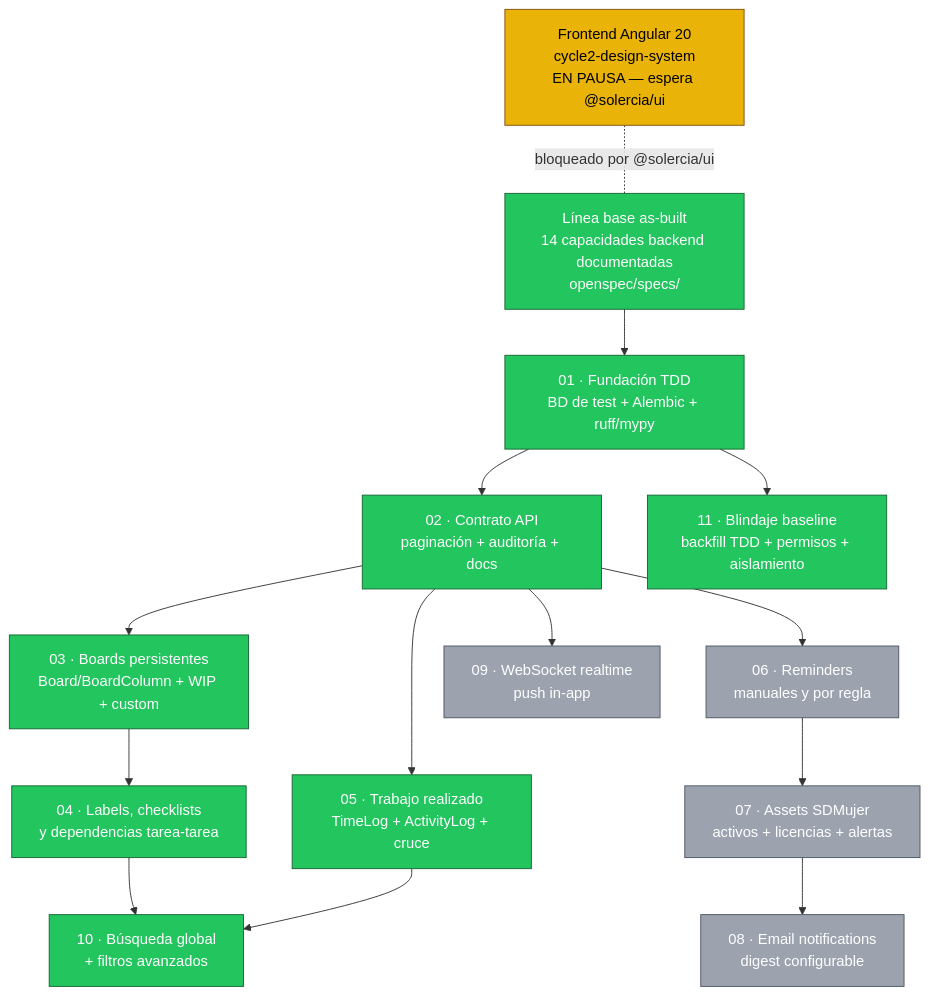
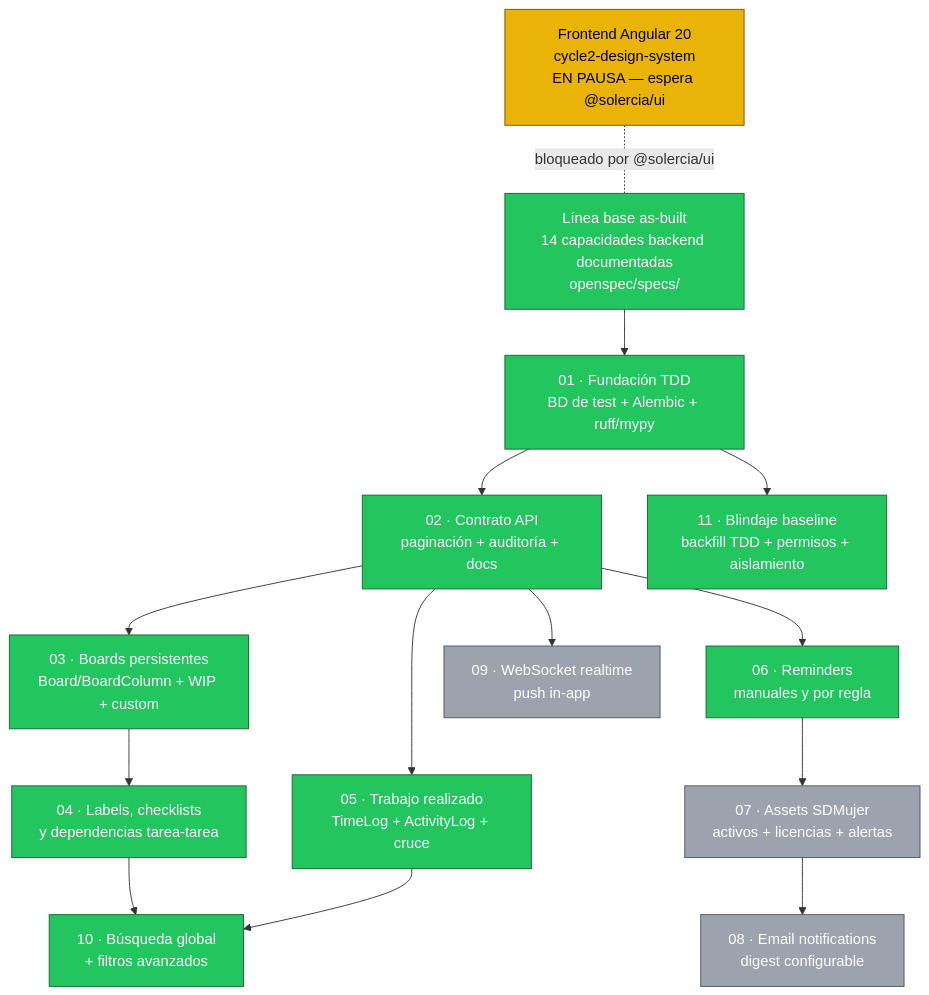
The diagram in openspec/AVANCE.md (solercia-solutions/solercia-command), drawn with Mermaid before and after one commit. The commit also changed other lines of this file and 12 other files, not shown here.

````diff
--- a/openspec/AVANCE.md
+++ b/openspec/AVANCE.md
@@ -9,45 +9,46 @@
 ```mermaid
 flowchart TD
     B0["Línea base as-built<br/>14 capacidades backend documentadas<br/>openspec/specs/"]
 
     C01["01 · Fundación TDD<br/>BD de test + Alembic + ruff/mypy"]
     C02["02 · Contrato API<br/>paginación + auditoría + docs"]
     C03["03 · Boards persistentes<br/>Board/BoardColumn + WIP + custom"]
     C04["04 · Labels, checklists<br/>y dependencias tarea-tarea"]
     C05["05 · Trabajo realizado<br/>TimeLog + ActivityLog + cruce"]
     C11["11 · Blindaje baseline<br/>backfill TDD + permisos + aislamiento"]
     C06["06 · Reminders<br/>manuales y por regla"]
     C07["07 · Assets SDMujer<br/>activos + licencias + alertas"]
     C08["08 · Email notifications<br/>digest configurable"]
     C09["09 · WebSocket realtime<br/>push in-app"]
     C10["10 · Búsqueda global<br/>+ filtros avanzados"]
 
     FE["Frontend Angular 20<br/>cycle2-design-system<br/>EN PAUSA — espera @solercia/ui"]
 
     B0 --> C01
     C01 --> C02
     C01 --> C11
     C02 --> C03 --> C04
     C02 --> C05
     C02 --> C06 --> C07 --> C08
     C02 --> C09
     C04 --> C10
     C05 --> C10
 
     FE -.bloqueado por @solercia/ui.- B0
 
     class B0 done
     class C01 done
     class C02 done
     class C03 done
     class C04 done
     class C05 done
+    class C06 done
     class C10 done
     class C11 done
     class FE inprogress
-    class C06,C07,C08,C09 pending
+    class C07,C08,C09 pending
 
     classDef done fill:#22c55e,stroke:#166534,color:#ffffff
     classDef inprogress fill:#eab308,stroke:#854d0e,color:#000000
     classDef pending fill:#9ca3af,stroke:#4b5563,color:#ffffff
 ```
````
